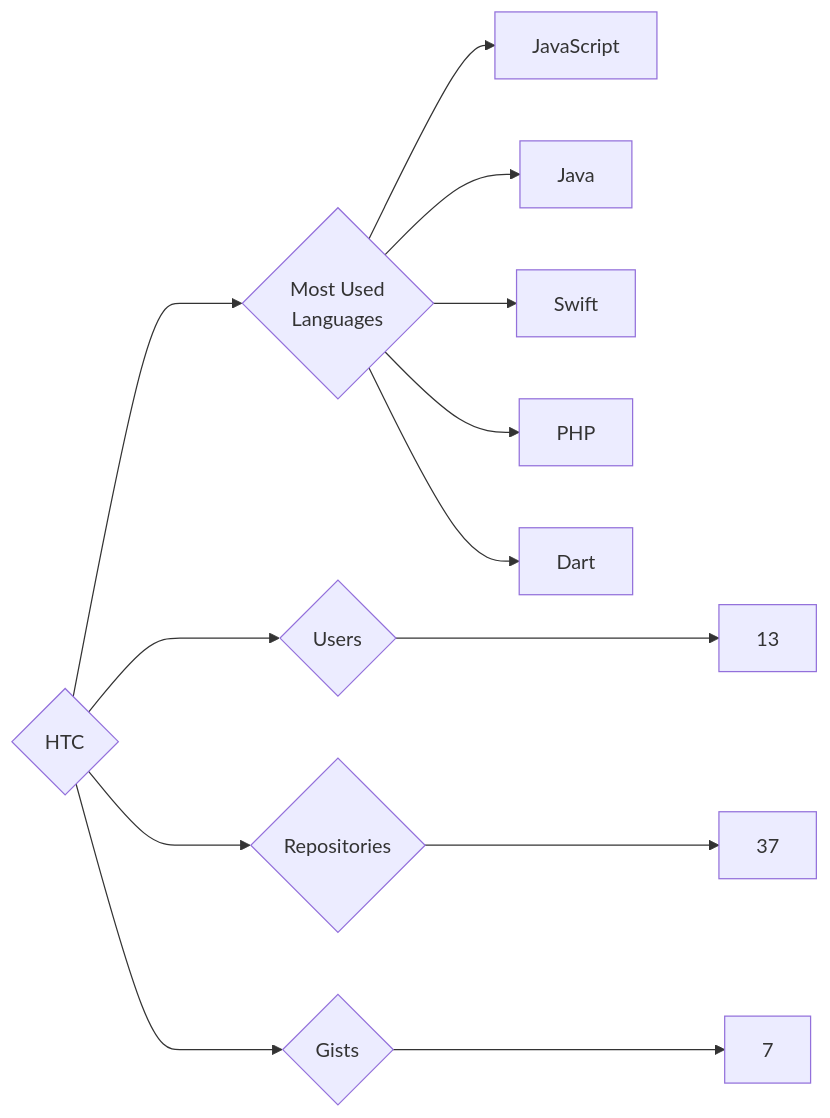
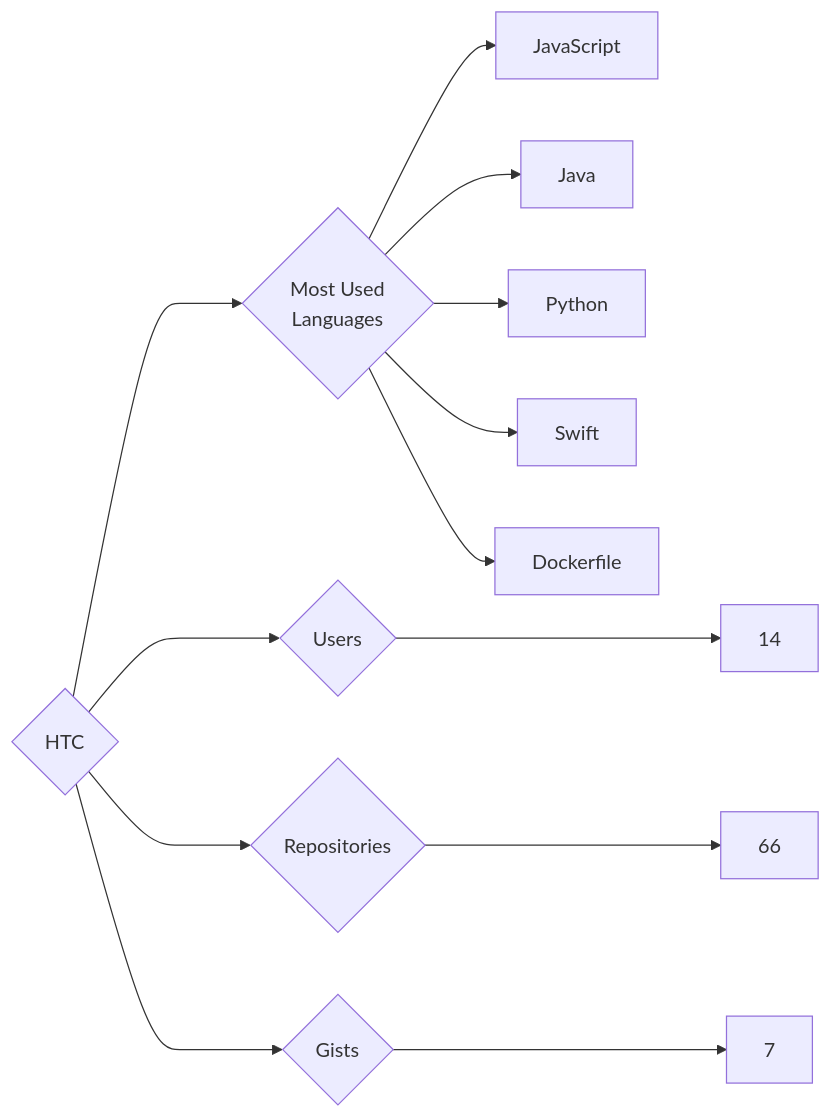
The diagram in targets/HTC/README.md (trickest/insiders), drawn with Mermaid before and after one commit. The commit also changed 951 other files, not shown here.

````diff
--- a/targets/HTC/README.md
+++ b/targets/HTC/README.md
@@ -3,13 +3,13 @@
 ```mermaid
 graph LR
 COMPANY_NAME{HTC}
-COMPANY_NAME ---> U{Users} ---> UN[13]
-COMPANY_NAME ---> R{Repositories} ---> RN[37]
+COMPANY_NAME ---> U{Users} ---> UN[14]
+COMPANY_NAME ---> R{Repositories} ---> RN[66]
 COMPANY_NAME ---> G{Gists} ---> GN[7]
 COMPANY_NAME ---> ML{Most Used<br>Languages}
 ML --> JavaScript[JavaScript]
 ML --> Java[Java]
+ML --> Python[Python]
 ML --> Swift[Swift]
-ML --> PHP[PHP]
-ML --> Dart[Dart]
+ML --> Dockerfile[Dockerfile]
 ```
````
